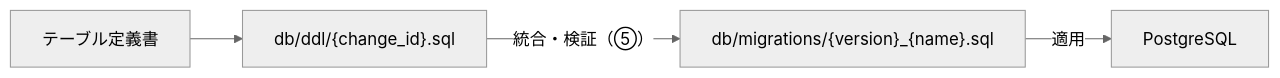
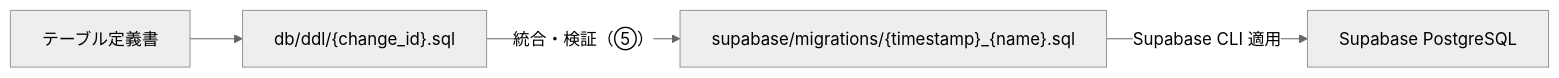
One commit to ryo-chan-k6/GiftRecommendAPP_MVP_CYCLE_3 changed the first of 2 diagrams in docs/06_実装設計/database/マイグレーション方針書.md. Above: the diagram before and after it, drawn with Mermaid (neutral theme). The commit also changed other lines of this file and 3 other files, not shown here.

````diff
--- a/docs/06_実装設計/database/マイグレーション方針書.md
+++ b/docs/06_実装設計/database/マイグレーション方針書.md
@@ -60,11 +66,11 @@
 ```mermaid
 flowchart LR
   tableDef["テーブル定義書"]
   ddl["db/ddl/{change_id}.sql"]
-  mig["db/migrations/{version}_{name}.sql"]
-  db["PostgreSQL"]
+  mig["supabase/migrations/{timestamp}_{name}.sql"]
+  db["Supabase PostgreSQL"]
 
   tableDef --> ddl
   ddl -->|"統合・検証（⑤）"| mig
-  mig -->|"適用"| db
+  mig -->|"Supabase CLI 適用"| db
 ```
````
